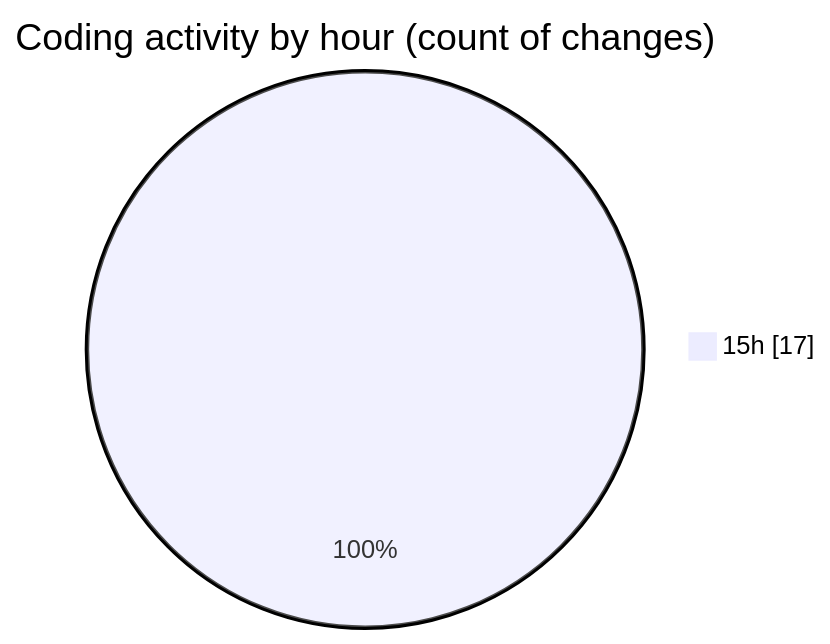
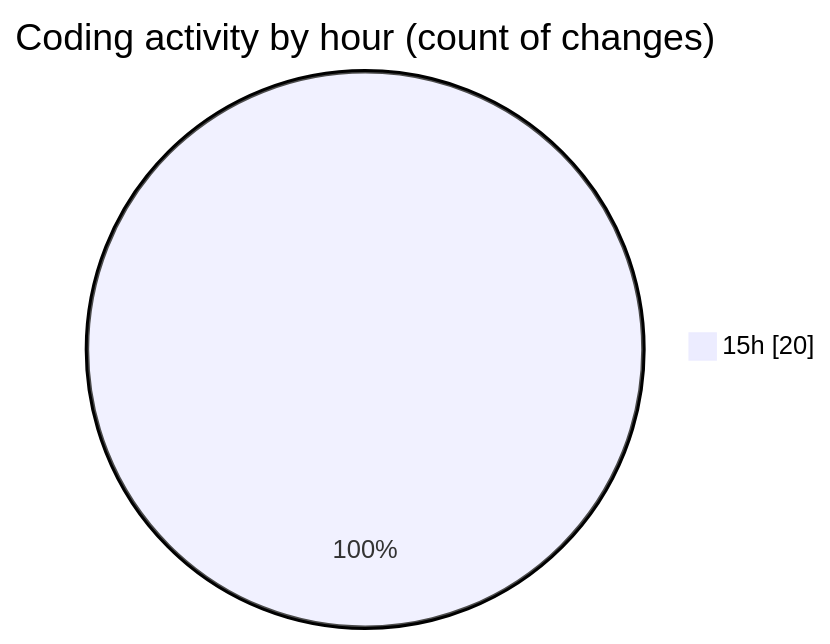
The second of 2 diagrams in 2025-02-23/masm/README.md (charlie-sans/code-tracking), drawn with Mermaid before and after one commit. The commit also changed other lines of this file and 1 other file, not shown here.

````diff
--- a/2025-02-23/masm/README.md
+++ b/2025-02-23/masm/README.md
@@ -30,5 +30,5 @@
 ```mermaid
 pie showData
 title Coding activity by hour (count of changes)
-"15h" : 17
+"15h" : 20
 ```
````
